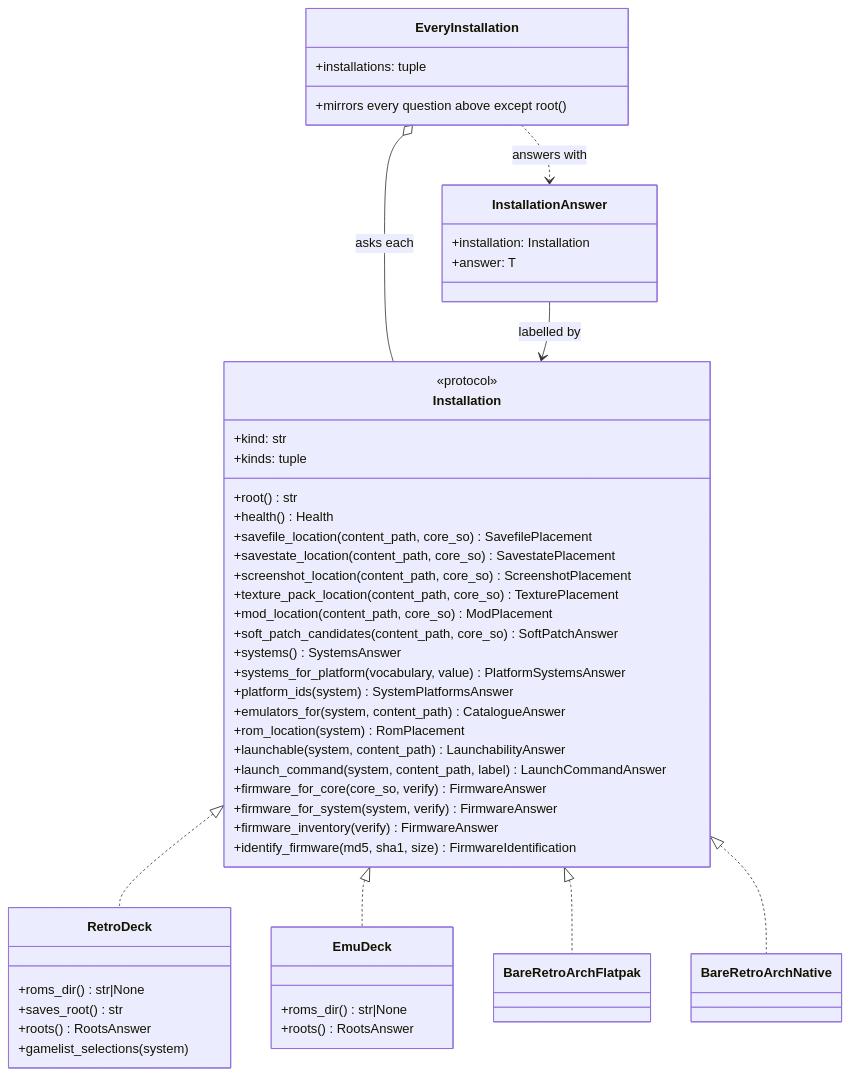
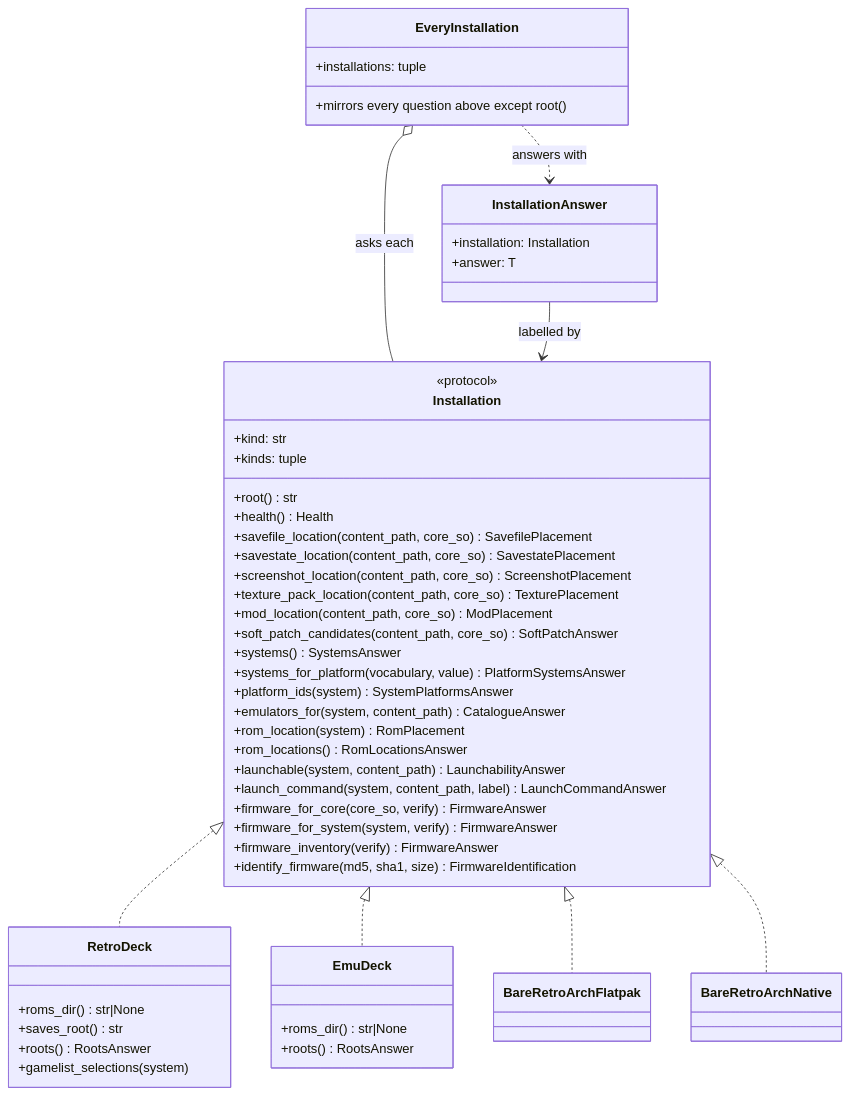
Before and after one commit to danielcopper/emu-atlas: the second of 3 diagrams in docs/architecture.md, drawn with Mermaid. The commit also changed 19 other files, not shown here.

````diff
--- a/docs/architecture.md
+++ b/docs/architecture.md
@@ -60,55 +60,56 @@
 ```mermaid
 classDiagram
     class Installation {
         <<protocol>>
         +kind: str
         +kinds: tuple
         +root() str
         +health() Health
         +savefile_location(content_path, core_so) SavefilePlacement
         +savestate_location(content_path, core_so) SavestatePlacement
         +screenshot_location(content_path, core_so) ScreenshotPlacement
         +texture_pack_location(content_path, core_so) TexturePlacement
         +mod_location(content_path, core_so) ModPlacement
         +soft_patch_candidates(content_path, core_so) SoftPatchAnswer
         +systems() SystemsAnswer
         +systems_for_platform(vocabulary, value) PlatformSystemsAnswer
         +platform_ids(system) SystemPlatformsAnswer
         +emulators_for(system, content_path) CatalogueAnswer
         +rom_location(system) RomPlacement
+        +rom_locations() RomLocationsAnswer
         +launchable(system, content_path) LaunchabilityAnswer
         +launch_command(system, content_path, label) LaunchCommandAnswer
         +firmware_for_core(core_so, verify) FirmwareAnswer
         +firmware_for_system(system, verify) FirmwareAnswer
         +firmware_inventory(verify) FirmwareAnswer
         +identify_firmware(md5, sha1, size) FirmwareIdentification
     }
     class RetroDeck {
         +roms_dir() str|None
         +saves_root() str
         +roots() RootsAnswer
         +gamelist_selections(system)
     }
     class EmuDeck {
         +roms_dir() str|None
         +roots() RootsAnswer
     }
     class BareRetroArchFlatpak
     class BareRetroArchNative
     class EveryInstallation {
         +installations: tuple
         +mirrors every question above except root()
     }
     class InstallationAnswer {
         +installation: Installation
         +answer: T
     }
 
     Installation <|.. RetroDeck
     Installation <|.. EmuDeck
     Installation <|.. BareRetroArchFlatpak
     Installation <|.. BareRetroArchNative
     EveryInstallation o-- Installation : asks each
     EveryInstallation ..> InstallationAnswer : answers with
     InstallationAnswer --> Installation : labelled by
 ```
````
